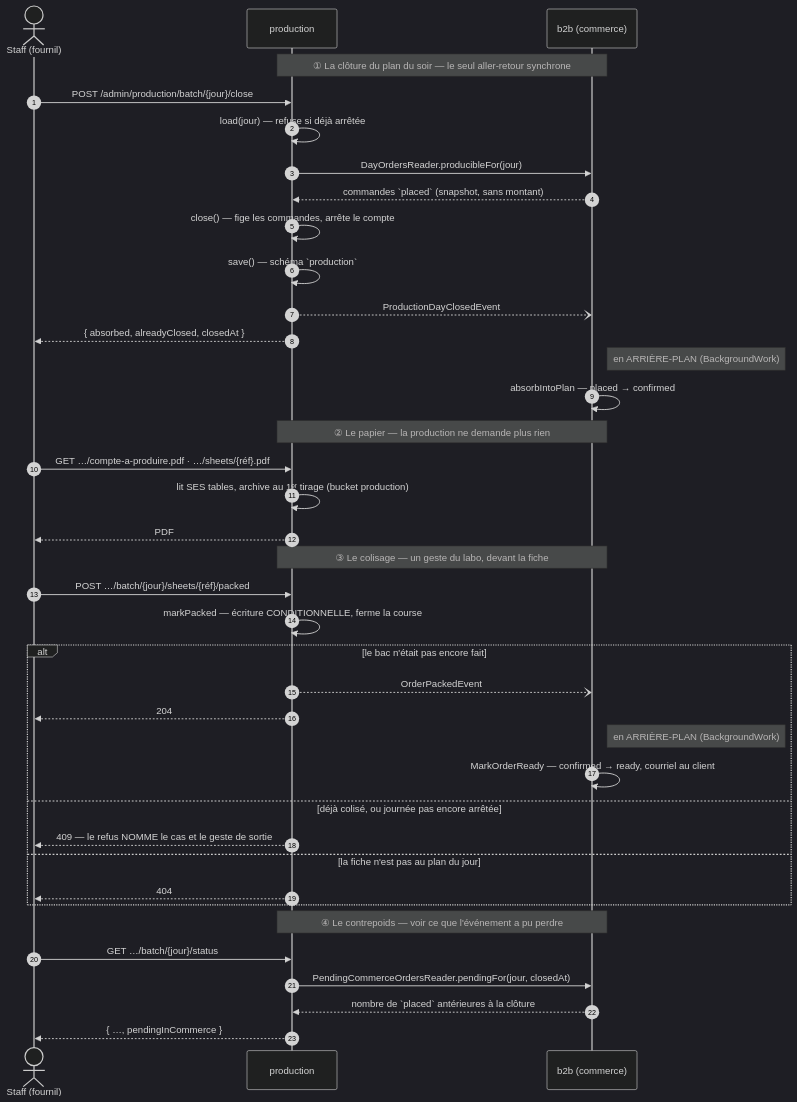
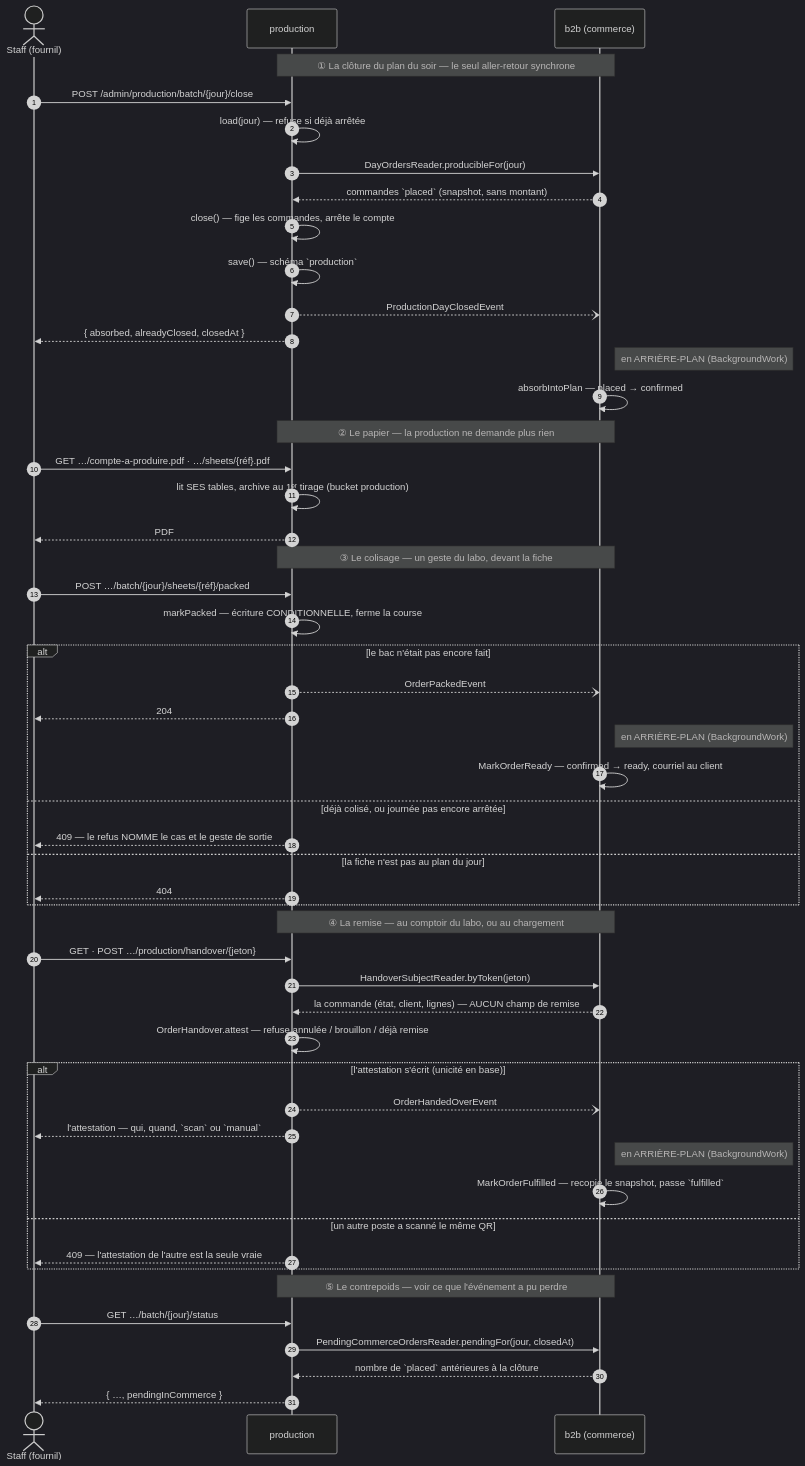
The diagram in documentation/production/architecture-contexte-production.md (hugoheynard/lfd), drawn with Mermaid (dark theme) before and after one commit. The commit also changed other lines of this file and 52 other files, not shown here.

First line of the commit message:
feat(production): la remise est constatée au fournil, et le commerce la recopie

````diff
--- a/documentation/production/architecture-contexte-production.md
+++ b/documentation/production/architecture-contexte-production.md
@@ -36,44 +36,58 @@
 ```mermaid
 sequenceDiagram
     autonumber
     actor Staff as Staff (fournil)
     participant P as production
     participant B as b2b (commerce)
 
     Note over P,B: ① La clôture du plan du soir — le seul aller-retour synchrone
     Staff->>P: POST /admin/production/batch/{jour}/close
     P->>P: load(jour) — refuse si déjà arrêtée
     P->>B: DayOrdersReader.producibleFor(jour)
     B-->>P: commandes `placed` (snapshot, sans montant)
     P->>P: close() — fige les commandes, arrête le compte
     P->>P: save() — schéma `production`
     P--)B: ProductionDayClosedEvent
     P-->>Staff: { absorbed, alreadyClosed, closedAt }
     Note right of B: en ARRIÈRE-PLAN (BackgroundWork)
     B->>B: absorbIntoPlan — placed → confirmed
 
     Note over P,B: ② Le papier — la production ne demande plus rien
     Staff->>P: GET …/compte-a-produire.pdf · …/sheets/{réf}.pdf
     P->>P: lit SES tables, archive au 1ᵉʳ tirage (bucket production)
     P-->>Staff: PDF
 
     Note over P,B: ③ Le colisage — un geste du labo, devant la fiche
     Staff->>P: POST …/batch/{jour}/sheets/{réf}/packed
     P->>P: markPacked — écriture CONDITIONNELLE, ferme la course
     alt le bac n'était pas encore fait
         P--)B: OrderPackedEvent
         P-->>Staff: 204
         Note right of B: en ARRIÈRE-PLAN (BackgroundWork)
         B->>B: MarkOrderReady — confirmed → ready, courriel au client
     else déjà colisé, ou journée pas encore arrêtée
         P-->>Staff: 409 — le refus NOMME le cas et le geste de sortie
     else la fiche n'est pas au plan du jour
         P-->>Staff: 404
     end
 
-    Note over P,B: ④ Le contrepoids — voir ce que l'événement a pu perdre
+    Note over P,B: ④ La remise — au comptoir du labo, ou au chargement
+    Staff->>P: GET · POST …/production/handover/{jeton}
+    P->>B: HandoverSubjectReader.byToken(jeton)
+    B-->>P: la commande (état, client, lignes) — AUCUN champ de remise
+    P->>P: OrderHandover.attest — refuse annulée / brouillon / déjà remise
+    alt l'attestation s'écrit (unicité en base)
+        P--)B: OrderHandedOverEvent
+        P-->>Staff: l'attestation — qui, quand, `scan` ou `manual`
+        Note right of B: en ARRIÈRE-PLAN (BackgroundWork)
+        B->>B: MarkOrderFulfilled — recopie le snapshot, passe `fulfilled`
+    else un autre poste a scanné le même QR
+        P-->>Staff: 409 — l'attestation de l'autre est la seule vraie
+    end
+
+    Note over P,B: ⑤ Le contrepoids — voir ce que l'événement a pu perdre
     Staff->>P: GET …/batch/{jour}/status
     P->>B: PendingCommerceOrdersReader.pendingFor(jour, closedAt)
     B-->>P: nombre de `placed` antérieures à la clôture
     P-->>Staff: { …, pendingInCommerce }
 ```
````
